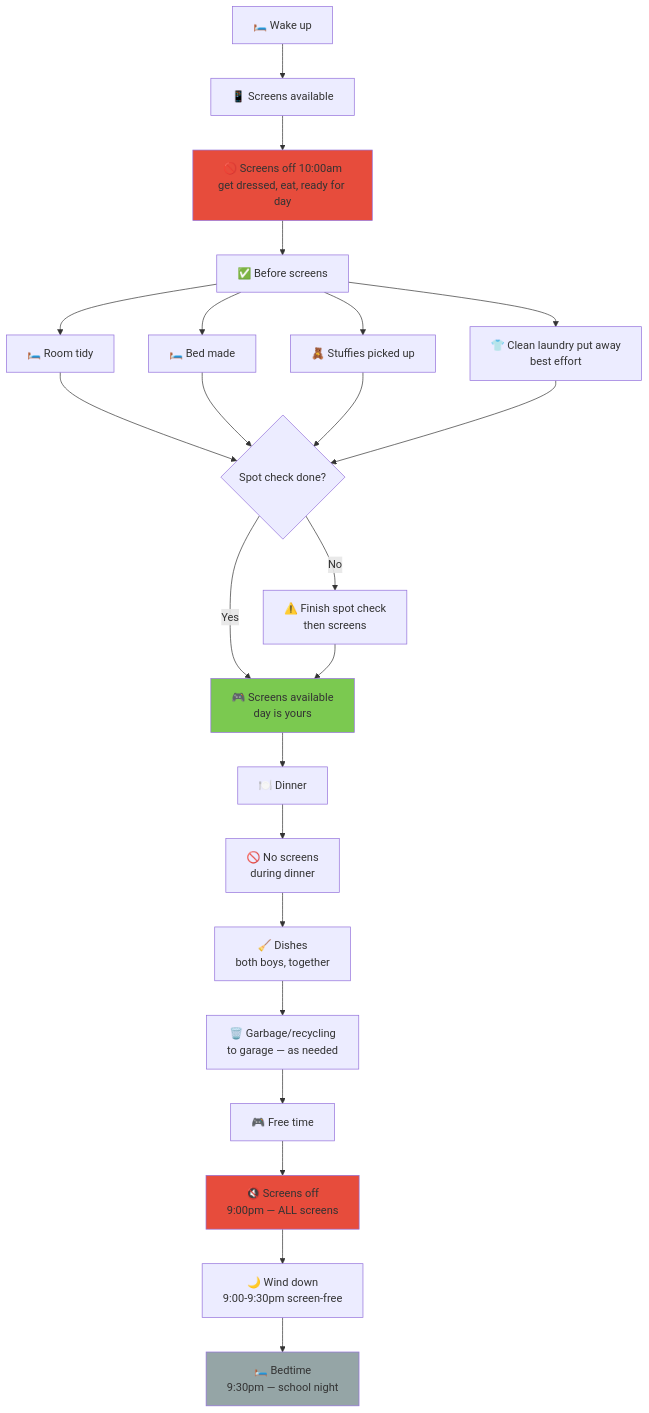
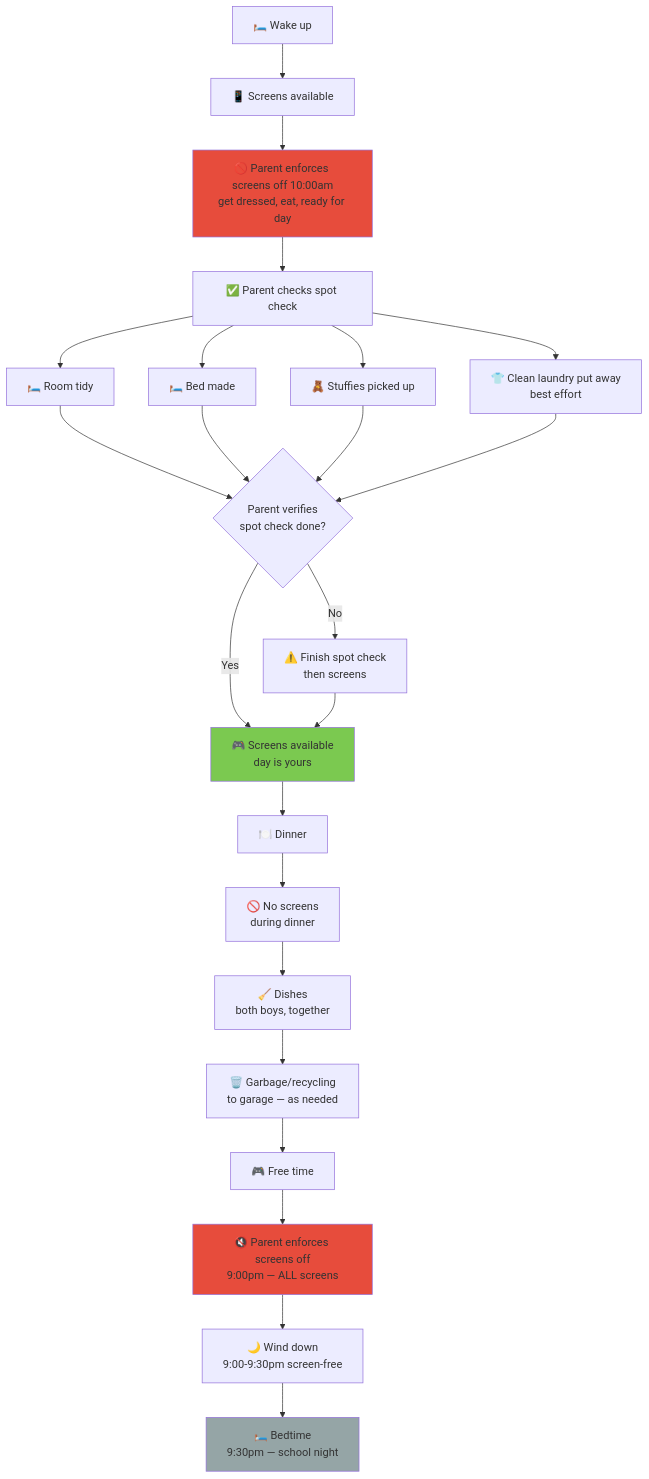
One commit to ajass/technology-reset changed the first of 2 diagrams in day-types/03-sunday.md. Above: the diagram before and after it, drawn with Mermaid. The commit also changed other lines of this file and 10 other files, not shown here.

````diff
--- a/day-types/03-sunday.md
+++ b/day-types/03-sunday.md
@@ -7,30 +17,30 @@
 ```mermaid
 flowchart TD
     A["🛏️ Wake up"] --> B["📱 Screens available"]
-    B --> C["🚫 Screens off 10:00am<br/>get dressed, eat, ready for day"]
-    C --> D["✅ Before screens"]
+    B --> C["🚫 Parent enforces screens off 10:00am<br/>get dressed, eat, ready for day"]
+    C --> D["✅ Parent checks spot check"]
     D --> D1["🛏️ Room tidy"]
     D --> D2["🛏️ Bed made"]
     D --> D3["🧸 Stuffies picked up"]
     D --> D4["👕 Clean laundry put away<br/>best effort"]
-    D1 --> E{"Spot check done?"}
+    D1 --> E{"Parent verifies<br/>spot check done?"}
     D2 --> E
     D3 --> E
     D4 --> E
     E -->|Yes| F["🎮 Screens available<br/>day is yours"]
     E -->|No| G["⚠️ Finish spot check<br/>then screens"]
     G --> F
     F --> H["🍽️ Dinner"]
     H --> I["🚫 No screens<br/>during dinner"]
     I --> J["🧹 Dishes<br/>both boys, together"]
     J --> K["🗑️ Garbage/recycling<br/>to garage — as needed"]
     K --> L["🎮 Free time"]
-    L --> M["🔇 Screens off<br/>9:00pm — ALL screens"]
+    L --> M["🔇 Parent enforces screens off<br/>9:00pm — ALL screens"]
     M --> N["🌙 Wind down<br/>9:00-9:30pm screen-free"]
     N --> O["🛏️ Bedtime<br/>9:30pm — school night"]
 
     style C fill:#e74c3c
     style F fill:#7bc950
     style M fill:#e74c3c
     style O fill:#95a5a6
 ```
````
